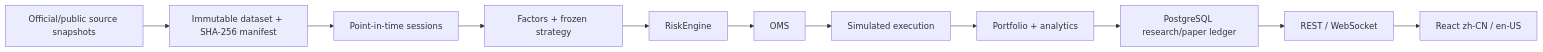
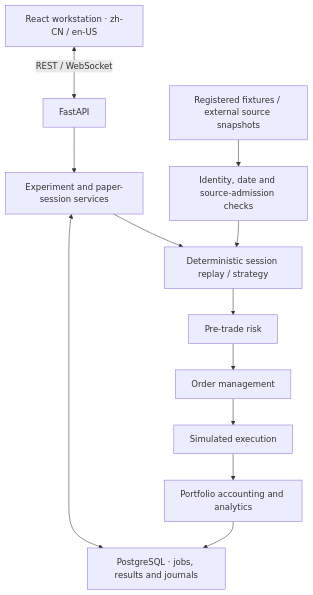
The diagram in README.md (MakenzieAhern/quant-trading-platform), drawn with Mermaid before and after one commit. The commit also changed other lines of this file and 4 other files, not shown here.

````diff
--- a/README.md
+++ b/README.md
@@ -59,13 +64,14 @@
 ```mermaid
-flowchart LR
-    A[Official/public source snapshots] --> B[Immutable dataset + SHA-256 manifest]
-    B --> C[Point-in-time sessions]
-    C --> D[Factors + frozen strategy]
-    D --> E[RiskEngine]
-    E --> F[OMS]
-    F --> G[Simulated execution]
-    G --> H[Portfolio + analytics]
-    H --> I[PostgreSQL research/paper ledger]
-    I --> J[REST / WebSocket]
-    J --> K[React zh-CN / en-US]
+flowchart TB
+    UI["React workstation · zh-CN / en-US"] <-->|REST / WebSocket| API[FastAPI]
+    API --> APP[Experiment and paper-session services]
+    SOURCES["Registered fixtures / external source snapshots"] --> GATE[Identity, date and source-admission checks]
+    GATE --> ENGINE["Deterministic session replay / strategy"]
+    APP --> ENGINE
+    ENGINE --> RISK[Pre-trade risk]
+    RISK --> OMS[Order management]
+    OMS --> BROKER[Simulated execution]
+    BROKER --> PORTFOLIO[Portfolio accounting and analytics]
+    APP <--> DB["PostgreSQL · jobs, results and journals"]
+    PORTFOLIO --> DB
 ```
````
